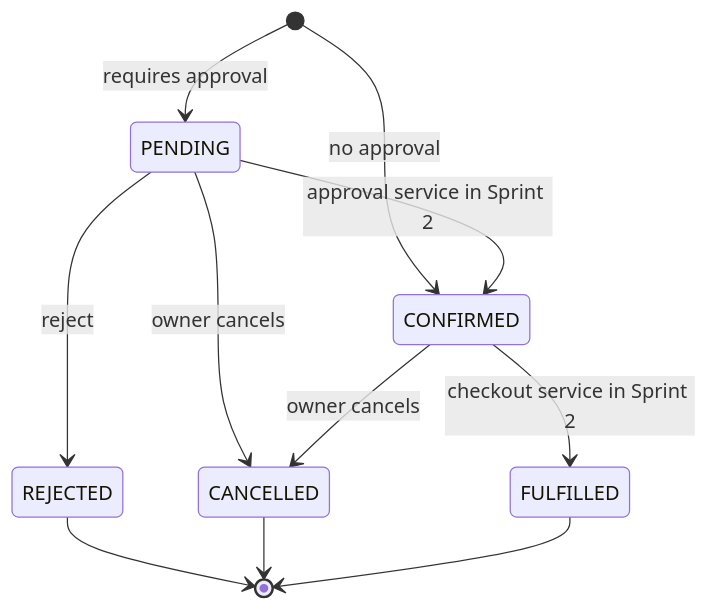
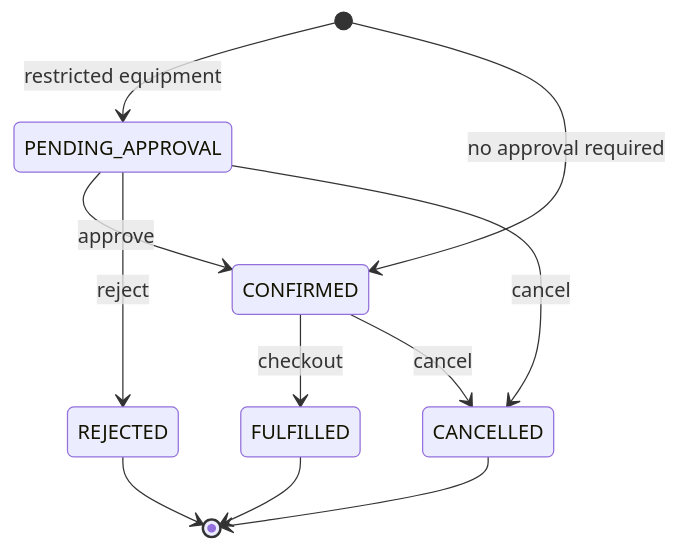
The second of 5 diagrams in docs/sprint1-domain.md (YukiOvOb/AGFP), drawn with Mermaid before and after one commit. The commit also changed other lines of this file and 14 other files, not shown here.

Commit message:
fix: align database schema with SERMS diagrams and specifications

````diff
--- a/docs/sprint1-domain.md
+++ b/docs/sprint1-domain.md
@@ -97,13 +188,13 @@
 ```mermaid
 stateDiagram-v2
-    [*] --> PENDING: requires approval
-    [*] --> CONFIRMED: no approval
-    PENDING --> CONFIRMED: approval service in Sprint 2
-    PENDING --> REJECTED: reject
-    PENDING --> CANCELLED: owner cancels
-    CONFIRMED --> CANCELLED: owner cancels
-    CONFIRMED --> FULFILLED: checkout service in Sprint 2
+    [*] --> PENDING_APPROVAL: restricted equipment
+    [*] --> CONFIRMED: no approval required
+    PENDING_APPROVAL --> CONFIRMED: approve
+    PENDING_APPROVAL --> REJECTED: reject
+    PENDING_APPROVAL --> CANCELLED: cancel
+    CONFIRMED --> FULFILLED: checkout
+    CONFIRMED --> CANCELLED: cancel
+    FULFILLED --> [*]
     REJECTED --> [*]
     CANCELLED --> [*]
-    FULFILLED --> [*]
 ```
````
